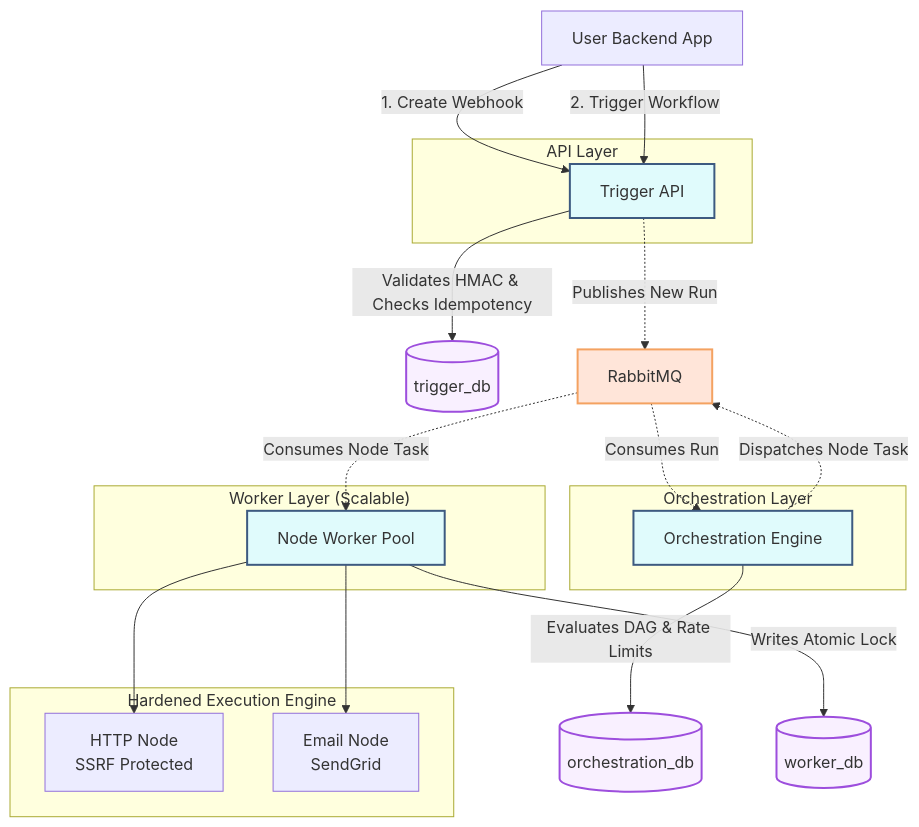
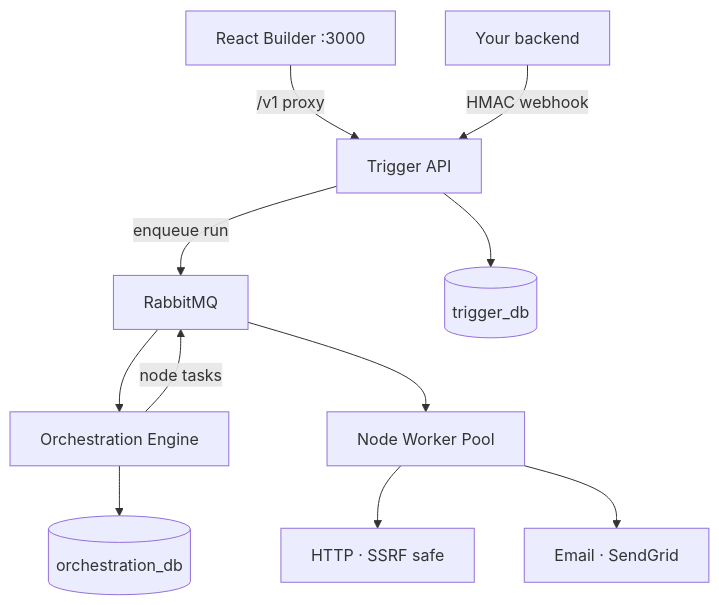
One commit to itsokAsh/Loom changed the diagram in README.md. Above: the diagram before and after it, drawn with Mermaid. The commit also changed other lines of this file and 58 other files, not shown here.

First line of the commit message:
Add Loom visual workflow builder and refresh README.

````diff
--- a/README.md
+++ b/README.md
@@ -37,44 +103,13 @@
 ```mermaid
 graph TD
-    %% External Inputs
-    App[User Backend App] -->|1. Create Webhook| API
-    App -->|2. Trigger Workflow| API
-
-    %% API Layer
-    subgraph "API Layer"
-        API[Trigger API]
-    end
-    API -->|Validates HMAC & Checks Idempotency| DB_Trigger[(trigger_db)]
-    API -.->|Publishes New Run| RabbitMQ
-
-    %% Orchestration Layer
-    subgraph "Orchestration Layer"
-        Orchestrator[Orchestration Engine]
-    end
-    RabbitMQ -.->|Consumes Run| Orchestrator
-    Orchestrator -->|Evaluates DAG & Rate Limits| DB_Orch[(orchestration_db)]
-    Orchestrator -.->|Dispatches Node Task| RabbitMQ
-
-    %% Execution Layer
-    subgraph "Worker Layer (Scalable)"
-        Worker[Node Worker Pool]
-    end
-    RabbitMQ -.->|Consumes Node Task| Worker
-    Worker -->|Writes Atomic Lock| DB_Worker[(worker_db)]
-
-    %% Security Boundary
-    subgraph "Hardened Execution Engine"
-        HTTP[HTTP Node\nSSRF Protected]
-        Email[Email Node\nSendGrid]
-    end
-    Worker --> HTTP
-    Worker --> Email
-
-    classDef db fill:#f9f0ff,stroke:#9d4edd,stroke-width:2px,color:#333;
-    classDef mq fill:#ffe5d9,stroke:#f4a261,stroke-width:2px,color:#333;
-    classDef svc fill:#e0fbfc,stroke:#3d5a80,stroke-width:2px,color:#333;
-    
-    class DB_Trigger,DB_Orch,DB_Worker db;
-    class RabbitMQ mq;
-    class API,Orchestrator,Worker svc;
+    UI[React Builder :3000] -->|/v1 proxy| API[Trigger API]
+    App[Your backend] -->|HMAC webhook| API
+    API -->|enqueue run| RabbitMQ
+    RabbitMQ --> Orchestrator[Orchestration Engine]
+    Orchestrator -->|node tasks| RabbitMQ
+    RabbitMQ --> Workers[Node Worker Pool]
+    Workers --> HTTP[HTTP · SSRF safe]
+    Workers --> Email[Email · SendGrid]
+    API --> DB1[(trigger_db)]
+    Orchestrator --> DB2[(orchestration_db)]
 ```
````
